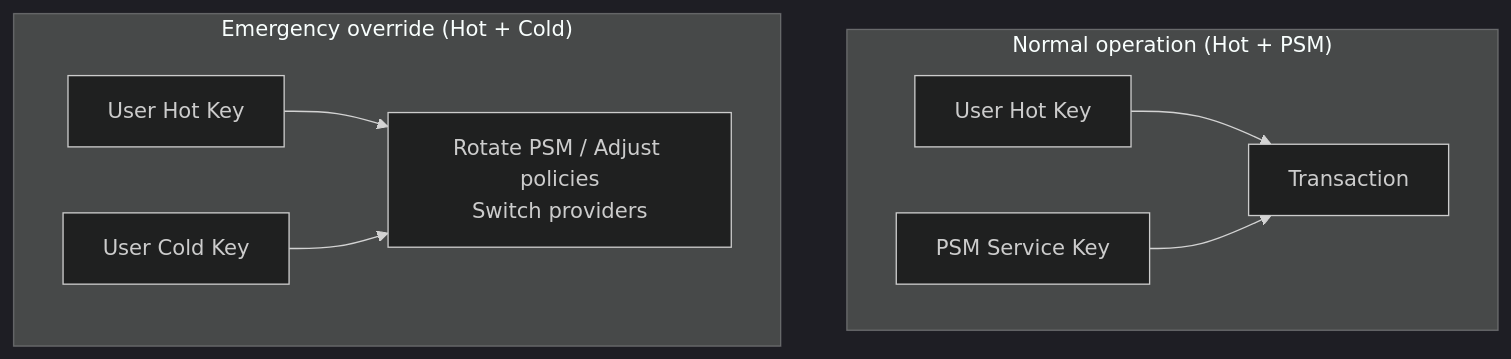
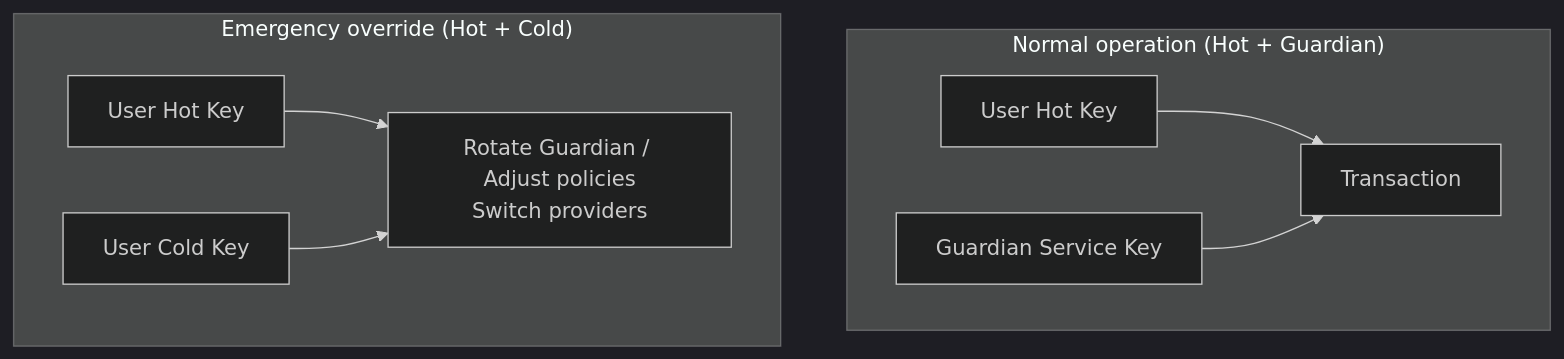
The diagram in docs/builder/solutions/miden-guardian/core-concepts/security.md (0xMiden/miden-docs), drawn with Mermaid (dark theme) before and after one commit. The commit also changed other lines of this file and 7 other files, not shown here.

First line of the commit message:
docs: rebrand PSM → Miden Guardian in Guardian section

````diff
--- a/docs/builder/solutions/miden-guardian/core-concepts/security.md
+++ b/docs/builder/solutions/miden-guardian/core-concepts/security.md
@@ -62,12 +62,12 @@
 ```mermaid
 graph TD
-    subgraph "Normal operation (Hot + PSM)"
+    subgraph "Normal operation (Hot + Guardian)"
         Hot["User Hot Key"] --> TX["Transaction"]
-        PSMKey["PSM Service Key"] --> TX
+        GuardianKey["Guardian Service Key"] --> TX
     end
 
     subgraph "Emergency override (Hot + Cold)"
-        Hot2["User Hot Key"] --> Override["Rotate PSM / Adjust policies<br/>Switch providers"]
+        Hot2["User Hot Key"] --> Override["Rotate Guardian / Adjust policies<br/>Switch providers"]
         Cold["User Cold Key"] --> Override
     end
 ```
````
